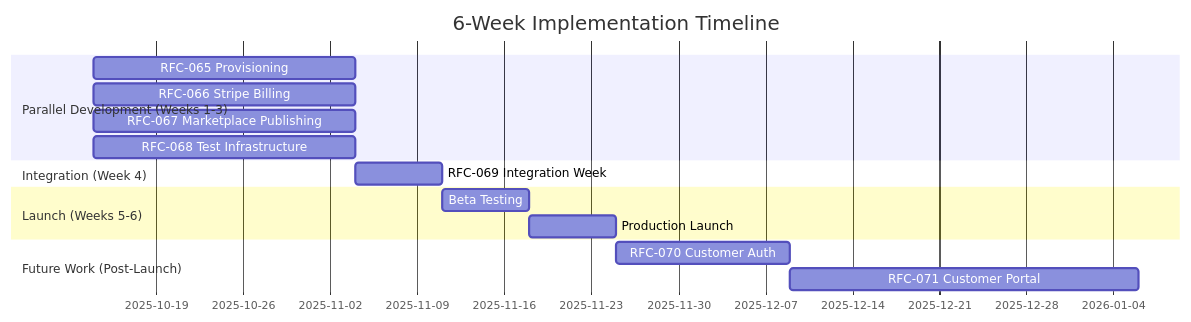
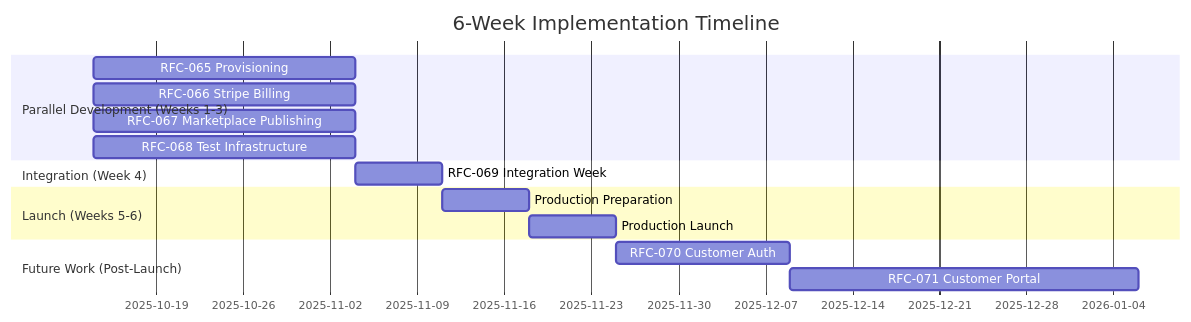
Before and after one commit to RSOLV-dev/rsolv-action: the first of 2 diagrams in RFCs/RFC-064-BILLING-PROVISIONING-MASTER-PLAN.md, drawn with Mermaid. The commit also changed other lines of this file and 3 other files, not shown here.

````diff
--- a/RFCs/RFC-064-BILLING-PROVISIONING-MASTER-PLAN.md
+++ b/RFCs/RFC-064-BILLING-PROVISIONING-MASTER-PLAN.md
@@ -43,18 +67,18 @@
 ```mermaid
 gantt
     title 6-Week Implementation Timeline
     dateFormat YYYY-MM-DD
     section Parallel Development (Weeks 1-3)
     RFC-065 Provisioning           :p1, 2025-10-14, 21d
     RFC-066 Stripe Billing         :p2, 2025-10-14, 21d
     RFC-067 Marketplace Publishing :p3, 2025-10-14, 21d
     RFC-068 Test Infrastructure    :p4, 2025-10-14, 21d
     section Integration (Week 4)
     RFC-069 Integration Week       :int, after p1 p2 p3 p4, 7d
     section Launch (Weeks 5-6)
-    Beta Testing                   :beta, after int, 7d
-    Production Launch              :prod, after beta, 7d
+    Production Preparation         :prep, after int, 7d
+    Production Launch              :prod, after prep, 7d
     section Future Work (Post-Launch)
     RFC-070 Customer Auth          :future1, after prod, 14d
     RFC-071 Customer Portal        :future2, after future1, 28d
 ```
````
